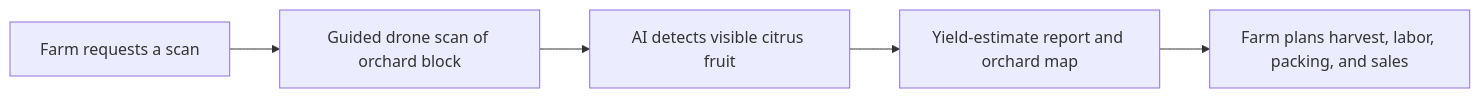
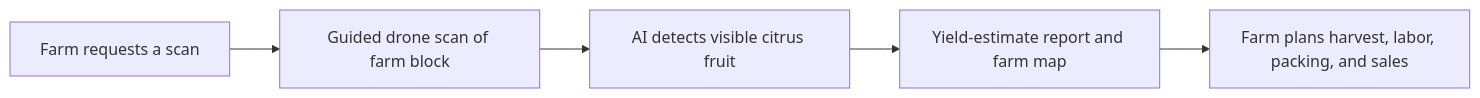
Before and after one commit to Danncode10/autonomous-citrus-drone: the first of 2 diagrams in Business model.md, drawn with Mermaid. The commit also changed other lines of this file, not shown here.

Commit message:
docs: update terminology from 'orchard' to 'farm' for consistency in business model documentation

````diff
--- a/Business model.md
+++ b/Business model.md
@@ -43,7 +43,7 @@
 ```mermaid
 flowchart LR
-    Farm["Farm requests a scan"] --> Scan["Guided drone scan of orchard block"]
+    Farm["Farm requests a scan"] --> Scan["Guided drone scan of farm block"]
     Scan --> AI["AI detects visible citrus fruit"]
-    AI --> Report["Yield-estimate report and orchard map"]
+    AI --> Report["Yield-estimate report and farm map"]
     Report --> Decision["Farm plans harvest, labor, packing, and sales"]
 ```
````
